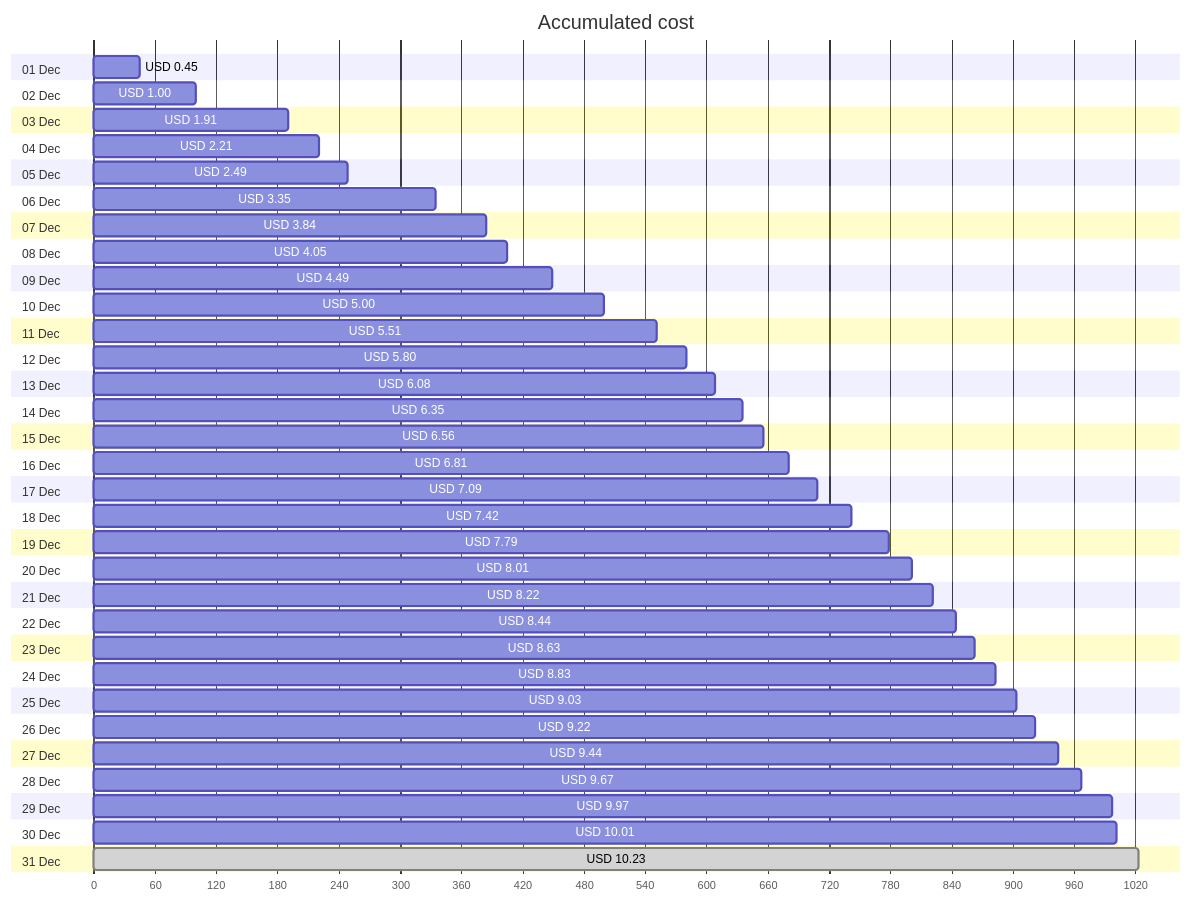
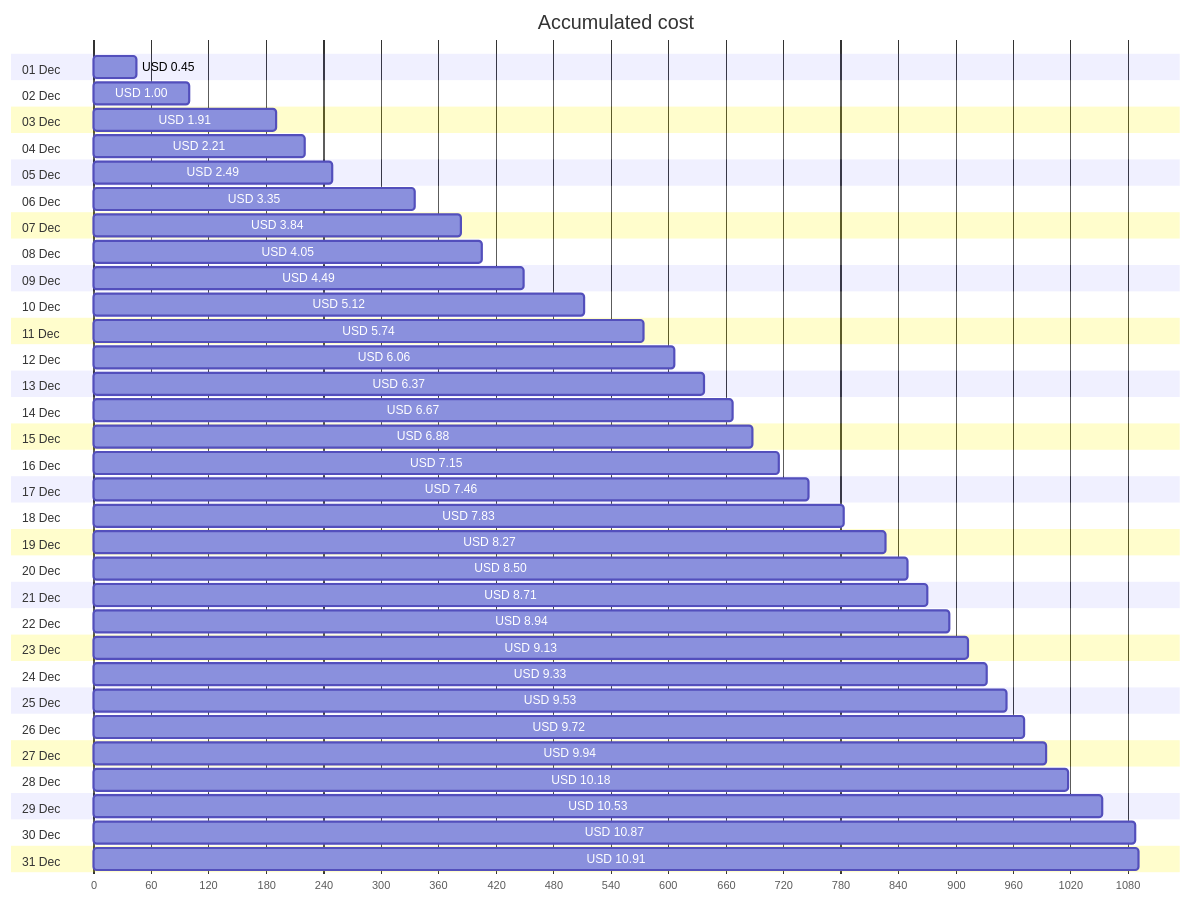
The first of 4 diagrams in cost-reports/personal-network/vpn-server.md (jpfulton/azure-personal-reports), drawn with Mermaid before and after one commit. The commit also changed other lines of this file and 8 other files, not shown here.

````diff
--- a/cost-reports/personal-network/vpn-server.md
+++ b/cost-reports/personal-network/vpn-server.md
@@ -20,68 +20,68 @@
 ```mermaid
 gantt
    title Accumulated cost
    dateFormat  X
    axisFormat %s
    section 01 Dec
    USD 0.45 :0, 45
    section 02 Dec
    USD 1.00 :0, 100
    section 03 Dec
    USD 1.91 :0, 191
    section 04 Dec
    USD 2.21 :0, 221
    section 05 Dec
    USD 2.49 :0, 249
    section 06 Dec
    USD 3.35 :0, 335
    section 07 Dec
    USD 3.84 :0, 384
    section 08 Dec
    USD 4.05 :0, 405
    section 09 Dec
    USD 4.49 :0, 449
    section 10 Dec
-   USD 5.00 :0, 500
+   USD 5.12 :0, 512
    section 11 Dec
-   USD 5.51 :0, 551
+   USD 5.74 :0, 574
    section 12 Dec
-   USD 5.80 :0, 580
+   USD 6.06 :0, 606
    section 13 Dec
-   USD 6.08 :0, 608
+   USD 6.37 :0, 637
    section 14 Dec
-   USD 6.35 :0, 635
+   USD 6.67 :0, 667
    section 15 Dec
-   USD 6.56 :0, 656
+   USD 6.88 :0, 688
    section 16 Dec
-   USD 6.81 :0, 681
+   USD 7.15 :0, 715
    section 17 Dec
-   USD 7.09 :0, 709
+   USD 7.46 :0, 746
    section 18 Dec
-   USD 7.42 :0, 742
+   USD 7.83 :0, 783
    section 19 Dec
-   USD 7.79 :0, 779
+   USD 8.27 :0, 827
    section 20 Dec
-   USD 8.01 :0, 801
+   USD 8.50 :0, 850
    section 21 Dec
-   USD 8.22 :0, 822
+   USD 8.71 :0, 871
    section 22 Dec
-   USD 8.44 :0, 844
+   USD 8.94 :0, 894
    section 23 Dec
-   USD 8.63 :0, 863
+   USD 9.13 :0, 913
    section 24 Dec
-   USD 8.83 :0, 883
+   USD 9.33 :0, 933
    section 25 Dec
-   USD 9.03 :0, 903
+   USD 9.53 :0, 953
    section 26 Dec
-   USD 9.22 :0, 922
+   USD 9.72 :0, 972
    section 27 Dec
-   USD 9.44 :0, 944
+   USD 9.94 :0, 994
    section 28 Dec
-   USD 9.67 :0, 967
+   USD 10.18 :0, 1018
    section 29 Dec
-   USD 9.97 :0, 997
+   USD 10.53 :0, 1053
    section 30 Dec
-   USD 10.01 :0, 1001
+   USD 10.87 :0, 1087
    section 31 Dec
-   USD 10.23 : done, 0, 1023
+   USD 10.91 :0, 1091
 ```
````
